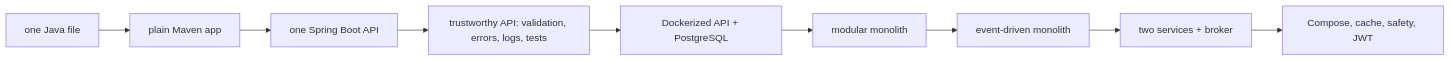
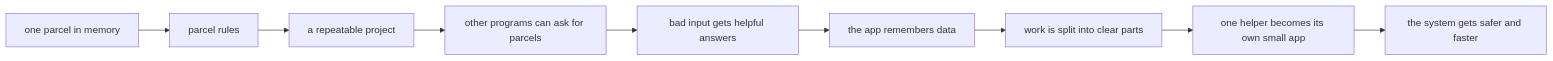
One commit to kevin-voss/learning-project changed the diagram in spring-boot-system-design/PROJECT-STORY.md. Above: the diagram before and after it, drawn with Mermaid. The commit also changed other lines of this file and 9 other files, not shown here.

````diff
--- a/spring-boot-system-design/PROJECT-STORY.md
+++ b/spring-boot-system-design/PROJECT-STORY.md
@@ -5,11 +5,11 @@
 ```mermaid
 flowchart LR
-  A[one Java file] --> B[plain Maven app]
-  B --> C[one Spring Boot API]
-  C --> C2[trustworthy API: validation, errors, logs, tests]
-  C2 --> D[Dockerized API + PostgreSQL]
-  D --> E[modular monolith]
-  E --> F[event-driven monolith]
-  F --> G[two services + broker]
-  G --> H[Compose, cache, safety, JWT]
+  A[one parcel in memory] --> B[parcel rules]
+  B --> C[a repeatable project]
+  C --> D[other programs can ask for parcels]
+  D --> E[bad input gets helpful answers]
+  E --> F[the app remembers data]
+  F --> G[work is split into clear parts]
+  G --> H[one helper becomes its own small app]
+  H --> I[the system gets safer and faster]
 ```
````
